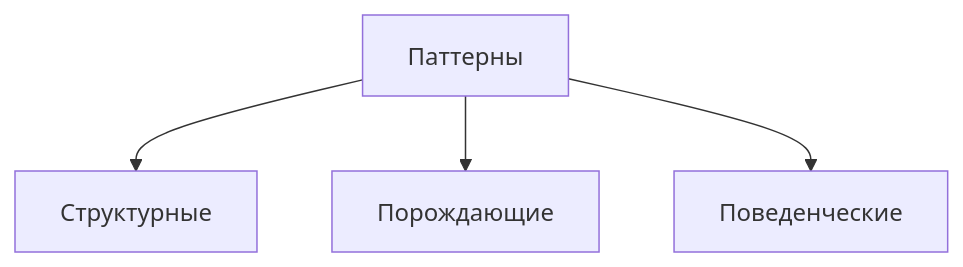
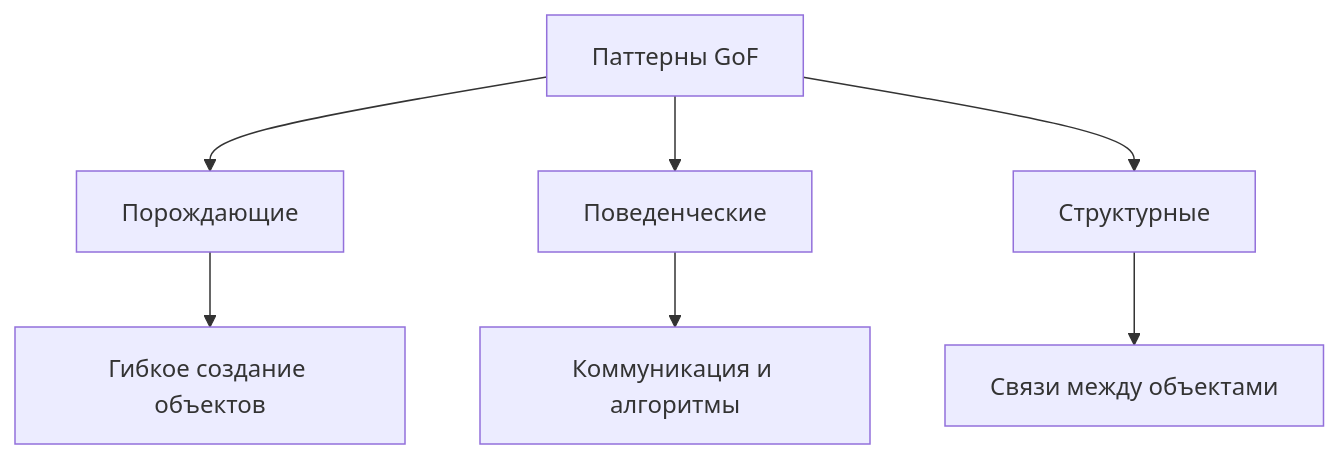
One commit to Kert0n/KPO changed the first of 16 diagrams in lectures/Lec6/vitepress.md. Above: the diagram before and after it, drawn with Mermaid. The commit also changed other lines of this file and 9 other files, not shown here.

````diff
--- a/lectures/Lec6/vitepress.md
+++ b/lectures/Lec6/vitepress.md
@@ -10,6 +29,10 @@
 ```mermaid
 flowchart TD
-    Patterns[Паттерны] --> Structural[Структурные]
-    Patterns --> Creational[Порождающие]
-    Patterns --> Behavioral[Поведенческие]
+  Patterns[Паттерны GoF] --> Creational[Порождающие]
+  Patterns --> Behavioral[Поведенческие]
+  Patterns --> Structural[Структурные]
+
+  Creational --> CGoal[Гибкое создание объектов]
+  Behavioral --> BGoal[Коммуникация и алгоритмы]
+  Structural --> SGoal[Связи между объектами]
 ```
````
